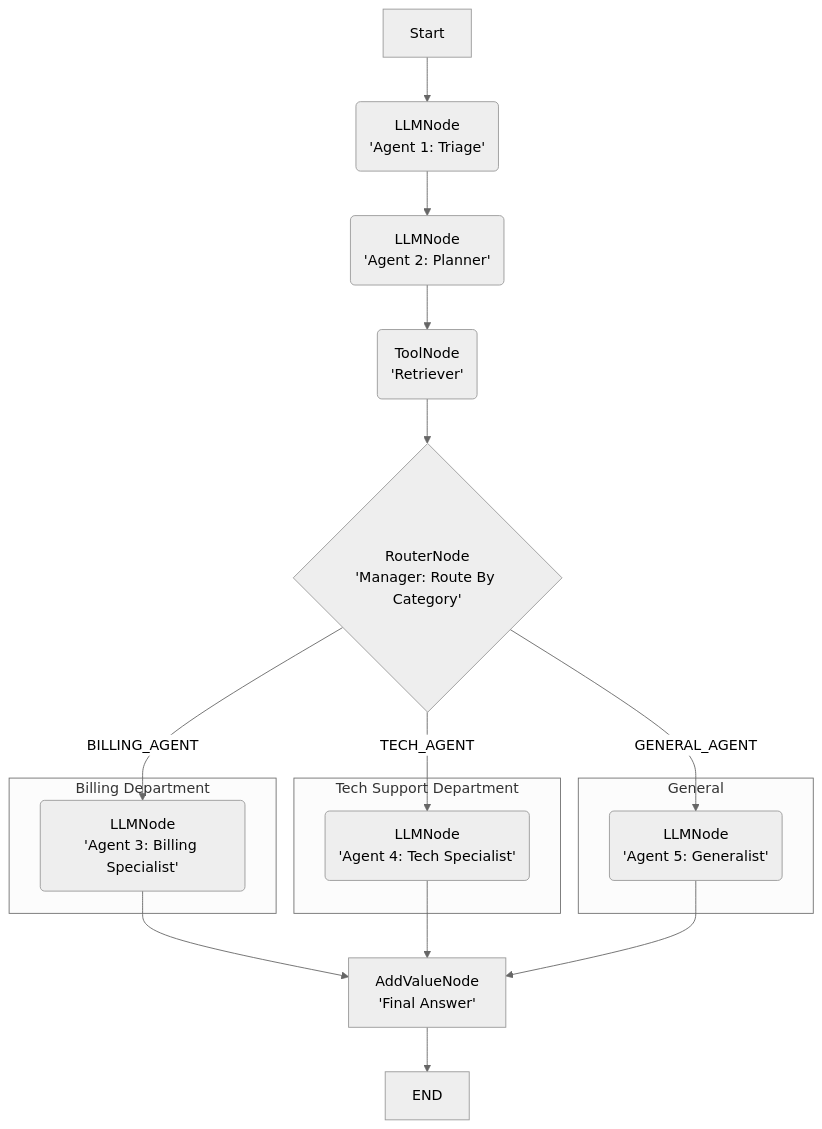
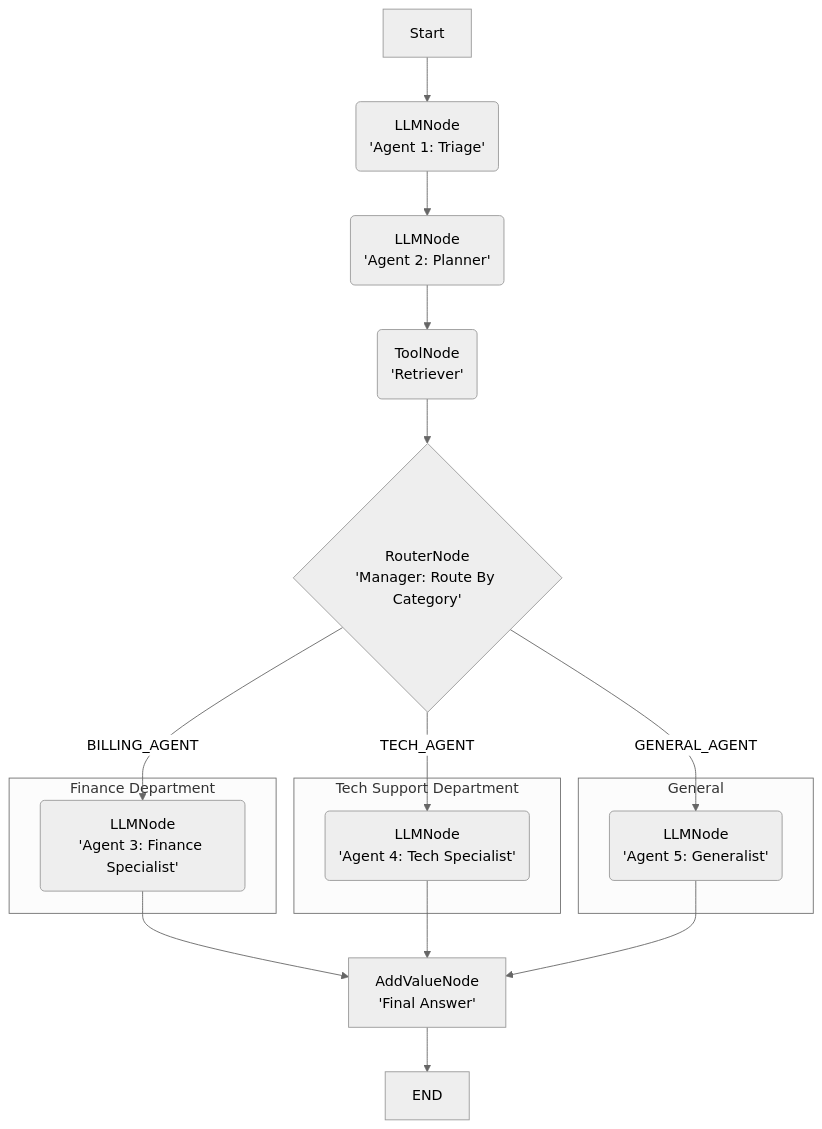
One commit to partech2015/lar changed the second of 2 diagrams in README.md. Above: the diagram before and after it, drawn with Mermaid (neutral theme). The commit also changed other lines of this file and 16 other files, not shown here.

````diff
--- a/README.md
+++ b/README.md
@@ -278,33 +271,33 @@
 ```mermaid
 graph TD
     A[Start] --> B(LLMNode<br/>'Agent 1: Triage');
     B --> C(LLMNode<br/>'Agent 2: Planner');
     C --> D(ToolNode<br/>'Retriever');
     
     %% This is the "hub" node
     D --> E{RouterNode<br/>'Manager: Route By Category'};
     
     %% Define the three parallel paths
     E -- "BILLING_AGENT" --> F;
     E -- "TECH_AGENT" --> G;
     E -- "GENERAL_AGENT" --> H;
 
     %% Define what's INSIDE the subgraphs
-    subgraph "Billing Department"
-        F(LLMNode<br/>'Agent 3: Billing Specialist');
+    subgraph "Finance Department"
+        F(LLMNode<br/>'Agent 3: Finance Specialist');
     end
 
     subgraph "Tech Support Department"
         G(LLMNode<br/>'Agent 4: Tech Specialist');
     end
     
     subgraph "General"
         H(LLMNode<br/>'Agent 5: Generalist');
     end
 
     %% Define the "join" point
     F --> I[AddValueNode<br/>'Final Answer'];
     G --> I;
     H --> I;
     I --> J[END];
 ```
````
